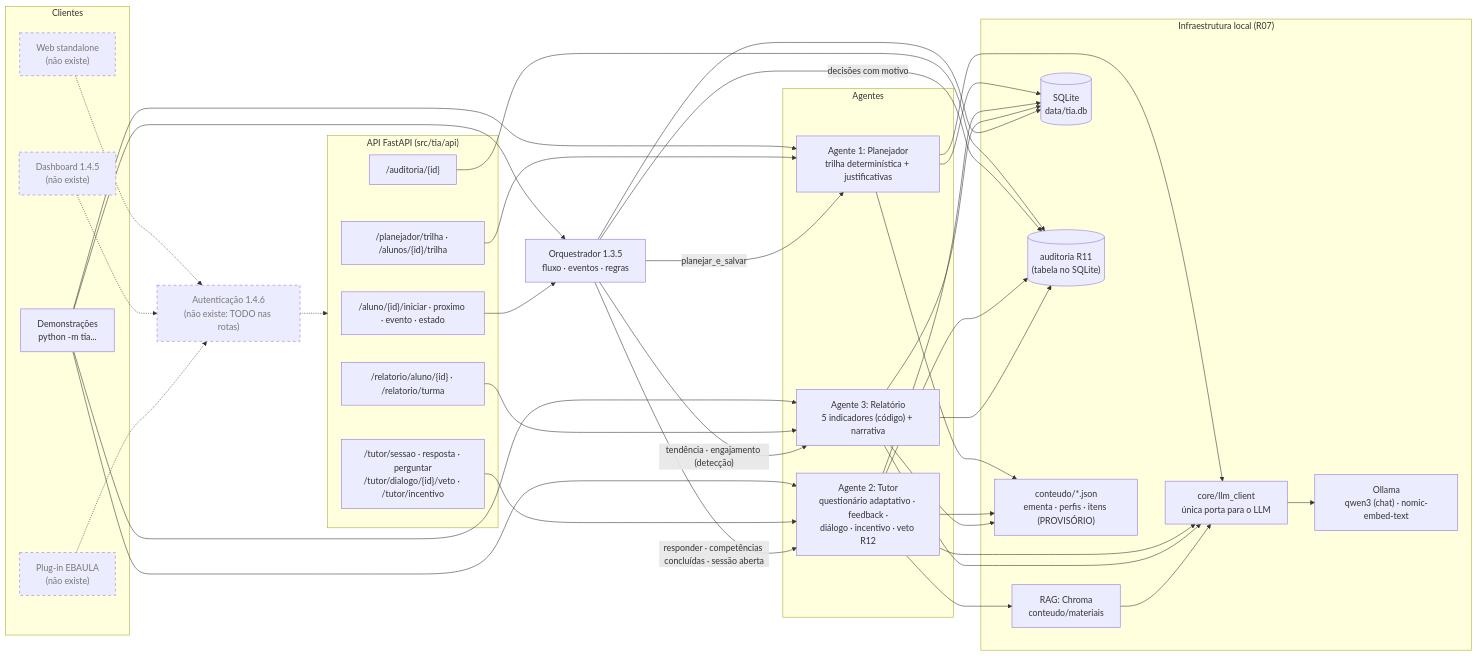
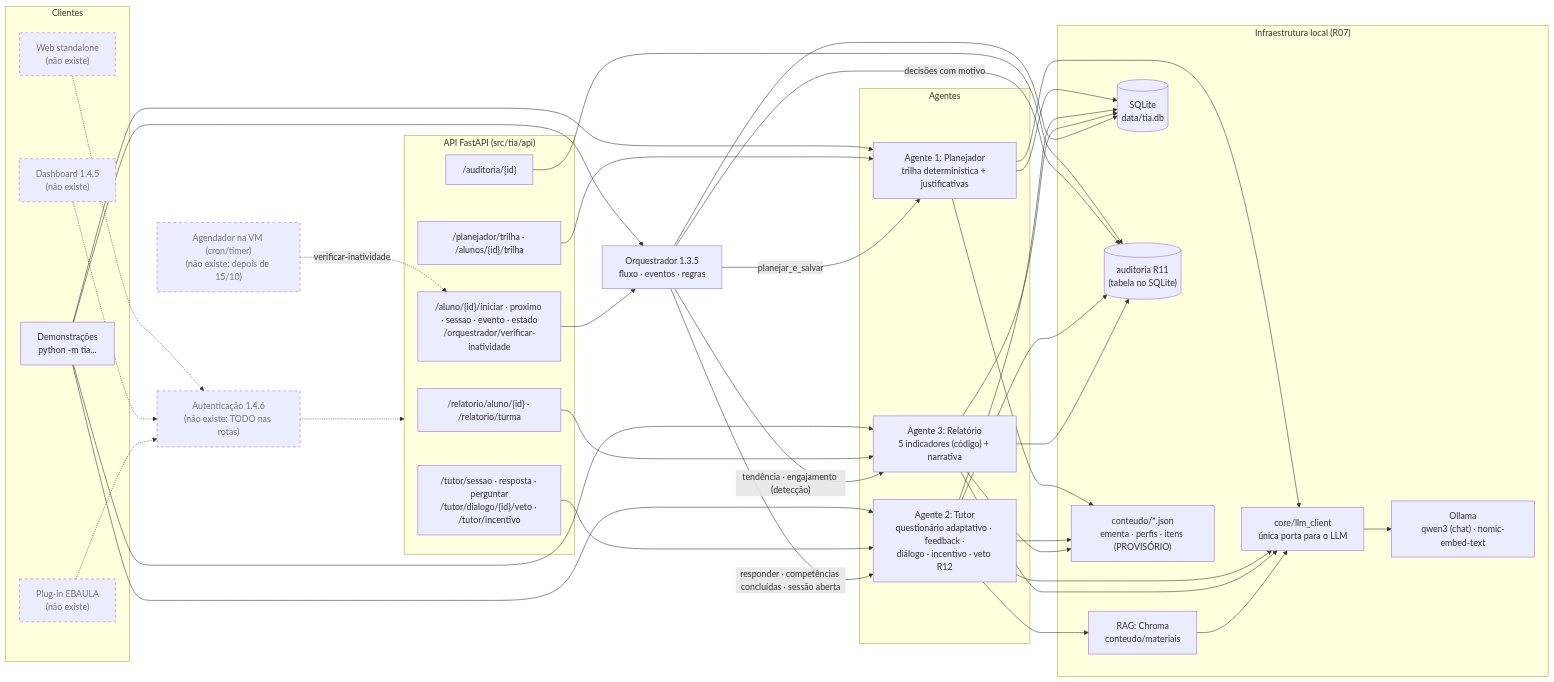
The first of 2 diagrams in docs/arquitetura/arquitetura.md (AdrianoPortes403/tia-projeto), drawn with Mermaid before and after one commit. The commit also changed other lines of this file and 27 other files, not shown here.

Commit message:
feat: pendências da Orquestração (replanejamento incremental, sessão pausada, abertura pelo orquestrador, verificação de inatividade, R3 incentivo x refazer)

````diff
--- a/docs/arquitetura/arquitetura.md
+++ b/docs/arquitetura/arquitetura.md
@@ -11,61 +11,63 @@
 ```mermaid
 flowchart LR
     subgraph Clientes
         WEB["Web standalone<br/>(não existe)"]:::futuro
         DASH["Dashboard 1.4.5<br/>(não existe)"]:::futuro
         EBA["Plug-in EBAULA<br/>(não existe)"]:::futuro
         CLI["Demonstrações<br/>python -m tia..."]
     end
 
     AUTH["Autenticação 1.4.6<br/>(não existe: TODO nas rotas)"]:::futuro
+    CRON["Agendador na VM (cron/timer)<br/>(não existe: depois de 15/10)"]:::futuro
 
     subgraph API["API FastAPI (src/tia/api)"]
-        RORQ["/aluno/{id}/iniciar · proximo · evento · estado"]
+        RORQ["/aluno/{id}/iniciar · proximo · sessao · evento · estado<br/>/orquestrador/verificar-inatividade"]
         RPLAN["/planejador/trilha · /alunos/{id}/trilha"]
         RTUT["/tutor/sessao · resposta · perguntar<br/>/tutor/dialogo/{id}/veto · /tutor/incentivo"]
         RREL["/relatorio/aluno/{id} · /relatorio/turma"]
         RAUD["/auditoria/{id}"]
     end
 
     ORQ["Orquestrador 1.3.5<br/>fluxo · eventos · regras"]
 
     subgraph Agentes
         A1["Agente 1: Planejador<br/>trilha determinística + justificativas"]
         A2["Agente 2: Tutor<br/>questionário adaptativo · feedback ·<br/>diálogo · incentivo · veto R12"]
         A3["Agente 3: Relatório<br/>5 indicadores (código) + narrativa"]
     end
 
     subgraph Infra["Infraestrutura local (R07)"]
         LLM["core/llm_client<br/>única porta para o LLM"]
         OLL["Ollama<br/>qwen3 (chat) · nomic-embed-text"]
         RAG["RAG: Chroma<br/>conteudo/materiais"]
         DB[("SQLite<br/>data/tia.db")]
         AUD[("auditoria R11<br/>(tabela no SQLite)")]
         CONT["conteudo/*.json<br/>ementa · perfis · itens (PROVISÓRIO)"]
     end
 
     WEB & DASH & EBA -.-> AUTH -.-> API
+    CRON -.->|"verificar-inatividade"| RORQ
     CLI --> ORQ & A1 & A2 & A3
     RORQ --> ORQ
     RPLAN --> A1
     RTUT --> A2
     RREL --> A3
     RAUD --> AUD
 
     ORQ -->|"planejar_e_salvar"| A1
     ORQ -->|"responder · competências concluídas · sessão aberta"| A2
     ORQ -->|"tendência · engajamento (detecção)"| A3
     ORQ -->|"decisões com motivo"| AUD
 
     A1 --> LLM
     A2 --> LLM
     A3 --> LLM
     A2 --> RAG
     RAG --> LLM
     LLM --> OLL
     A1 & A2 & A3 & ORQ --> DB
     A2 & A3 --> AUD
     A1 & A2 & A3 --> CONT
 
     classDef futuro stroke-dasharray: 5 5,color:#777
 ```
````
